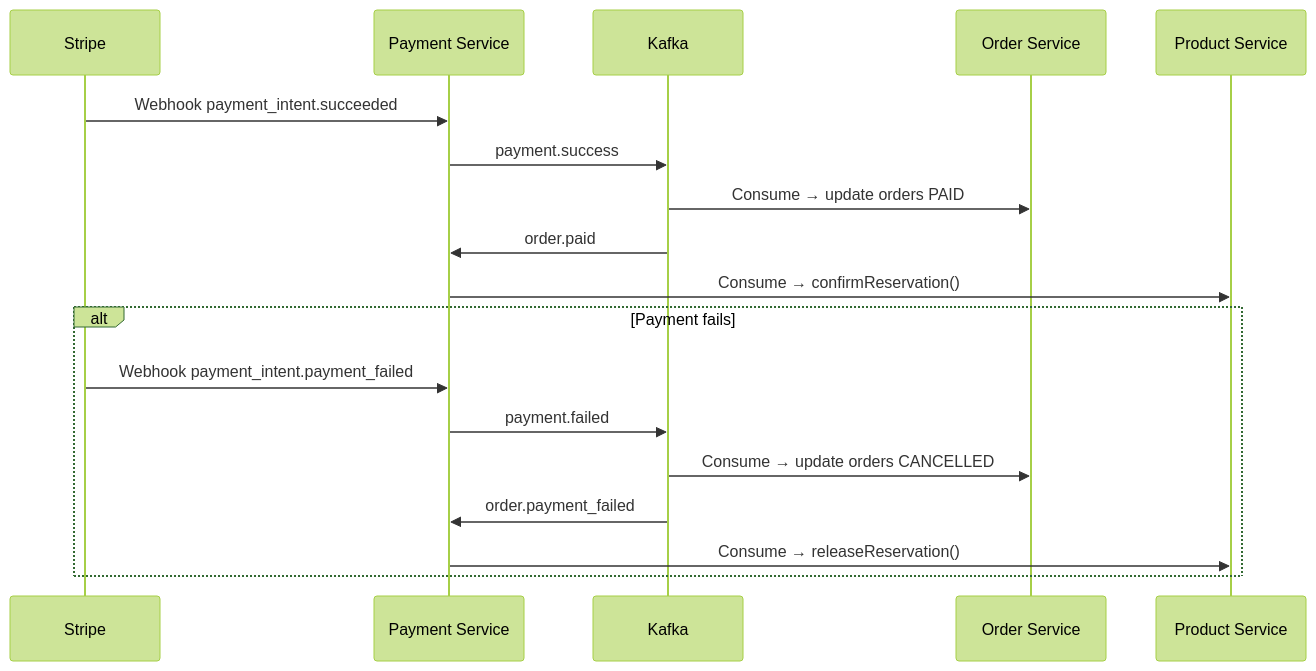
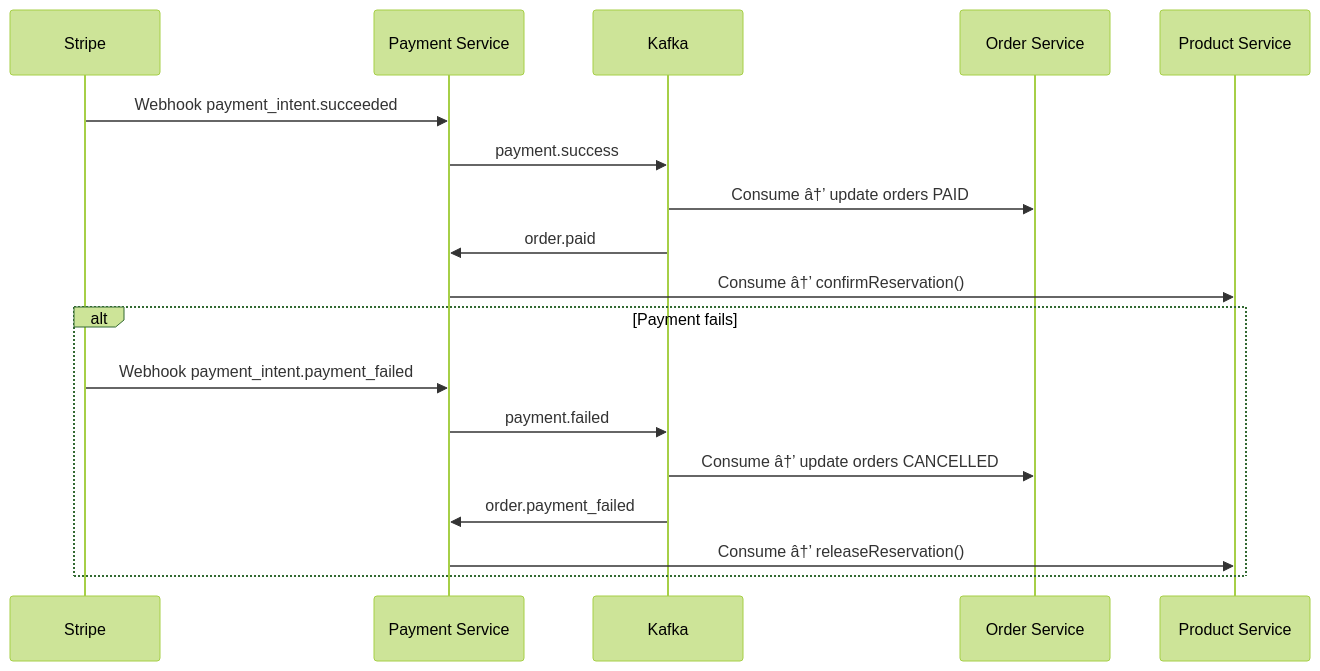
The tenth of 14 diagrams in documents/overview/FLOWS.md (ldqanh1408/stealing-from-paradise), drawn with Mermaid (forest theme) before and after one commit. The commit also changed other lines of this file and 225 other files, not shown here.

````diff
--- a/documents/overview/FLOWS.md
+++ b/documents/overview/FLOWS.md
@@ -232,22 +232,22 @@
 ```mermaid
 sequenceDiagram
     participant Stripe
     participant PayS as Payment Service
     participant Kafka
     participant OS as Order Service
     participant PS as Product Service
 
     Stripe->>PayS: Webhook payment_intent.succeeded
     PayS->>Kafka: payment.success
-    Kafka->>OS: Consume → update orders PAID
+    Kafka->>OS: Consume â†’ update orders PAID
     Kafka->>PayS: order.paid
-    PayS->>PS: Consume → confirmReservation()
+    PayS->>PS: Consume â†’ confirmReservation()
 
     alt Payment fails
         Stripe->>PayS: Webhook payment_intent.payment_failed
         PayS->>Kafka: payment.failed
-        Kafka->>OS: Consume → update orders CANCELLED
+        Kafka->>OS: Consume â†’ update orders CANCELLED
         Kafka->>PayS: order.payment_failed
-        PayS->>PS: Consume → releaseReservation()
+        PayS->>PS: Consume â†’ releaseReservation()
     end
 ```
````
